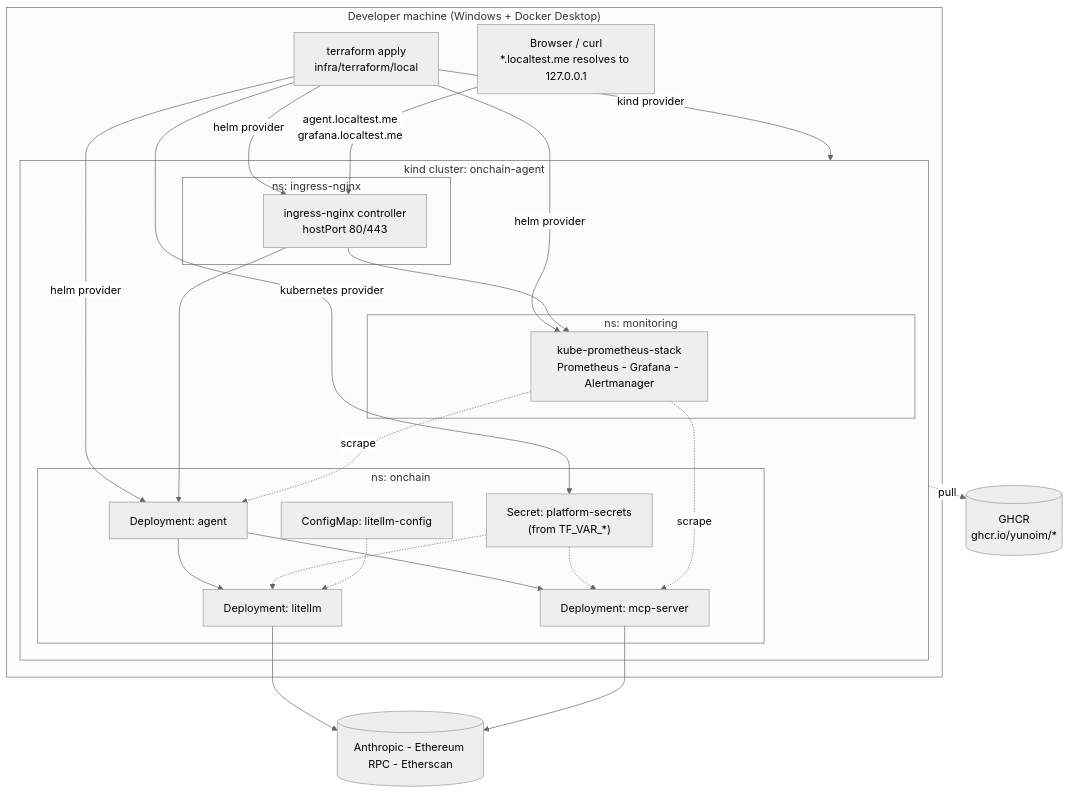
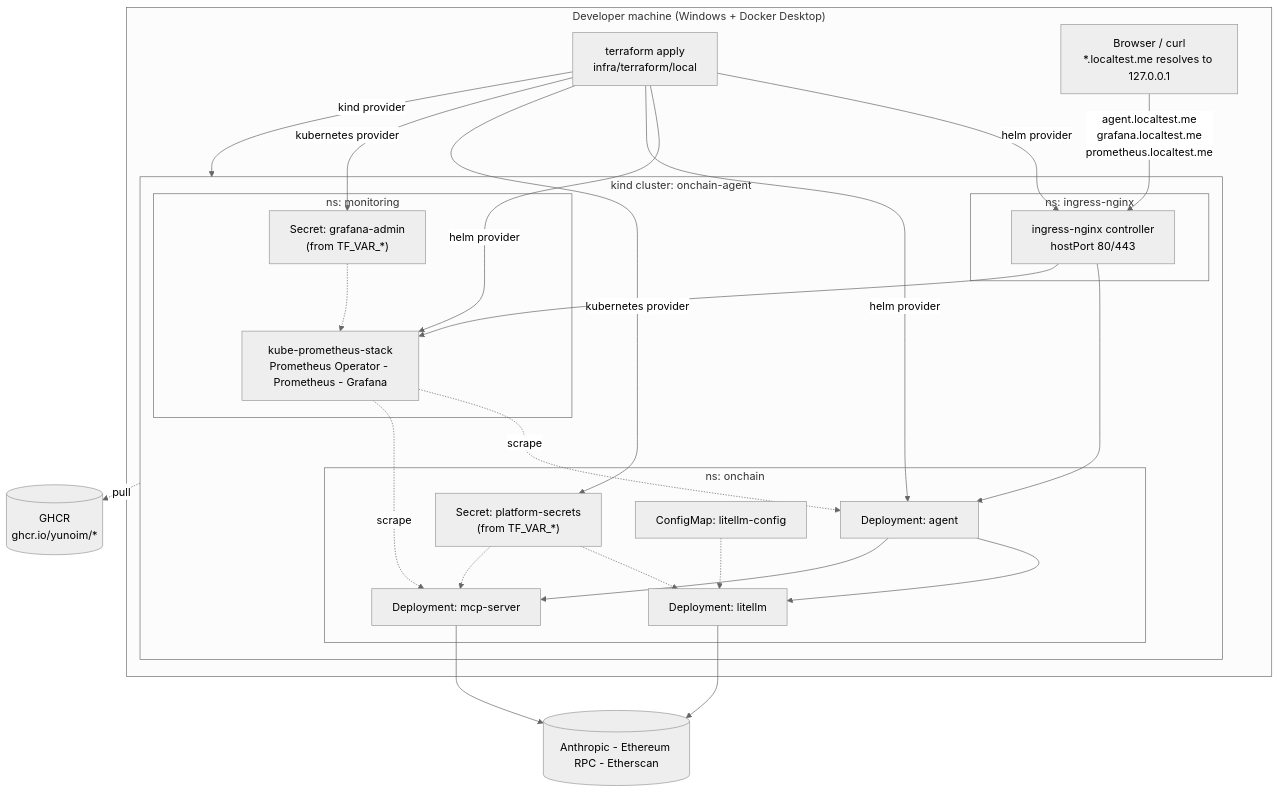
One commit to yunoim/onchain-agent-platform changed the third of 3 diagrams in docs/ARCHITECTURE.md. Above: the diagram before and after it, drawn with Mermaid (neutral theme). The commit also changed other lines of this file and 4 other files, not shown here.

````diff
--- a/docs/ARCHITECTURE.md
+++ b/docs/ARCHITECTURE.md
@@ -106,45 +106,48 @@
 ```mermaid
 flowchart TB
     subgraph host["Developer machine (Windows + Docker Desktop)"]
         tf["terraform apply<br/>infra/terraform/local"]
         browser["Browser / curl<br/>*.localtest.me resolves to 127.0.0.1"]
 
         subgraph kind["kind cluster: onchain-agent"]
             subgraph ingress_ns["ns: ingress-nginx"]
                 ing["ingress-nginx controller<br/>hostPort 80/443"]
             end
             subgraph app_ns["ns: onchain"]
                 agentd["Deployment: agent"]
                 mcpd["Deployment: mcp-server"]
                 gwd["Deployment: litellm"]
                 sec["Secret: platform-secrets<br/>(from TF_VAR_*)"]
                 cm["ConfigMap: litellm-config"]
             end
             subgraph mon_ns["ns: monitoring"]
-                kps["kube-prometheus-stack<br/>Prometheus - Grafana - Alertmanager"]
+                kps["kube-prometheus-stack<br/>Prometheus Operator - Prometheus - Grafana"]
+                gsec["Secret: grafana-admin<br/>(from TF_VAR_*)"]
             end
         end
     end
 
     ghcr[("GHCR<br/>ghcr.io/yunoim/*")]
     internet[("Anthropic - Ethereum RPC - Etherscan")]
 
     tf -->|kind provider| kind
     tf -->|helm provider| ing
     tf -->|helm provider| kps
     tf -->|helm provider| agentd
     tf -->|kubernetes provider| sec
-    browser -->|"agent.localtest.me<br/>grafana.localtest.me"| ing
+    browser -->|"agent.localtest.me<br/>grafana.localtest.me<br/>prometheus.localtest.me"| ing
+    tf -->|kubernetes provider| gsec
+    gsec -.-> kps
     ing --> agentd
     ing --> kps
     agentd --> gwd
     agentd --> mcpd
     gwd --> internet
     mcpd --> internet
     sec -.-> gwd
     sec -.-> mcpd
     cm -.-> gwd
     kind -.->|pull| ghcr
     kps -.->|scrape| agentd
     kps -.->|scrape| mcpd
 ```
````
